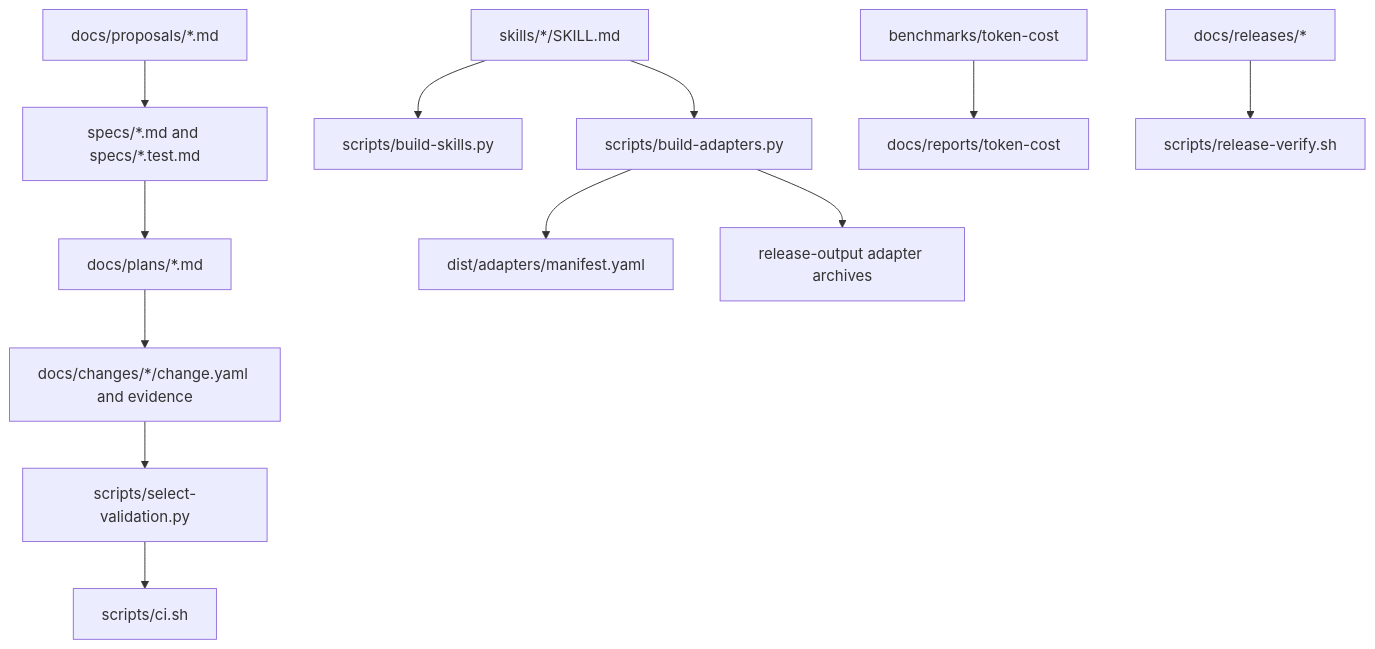
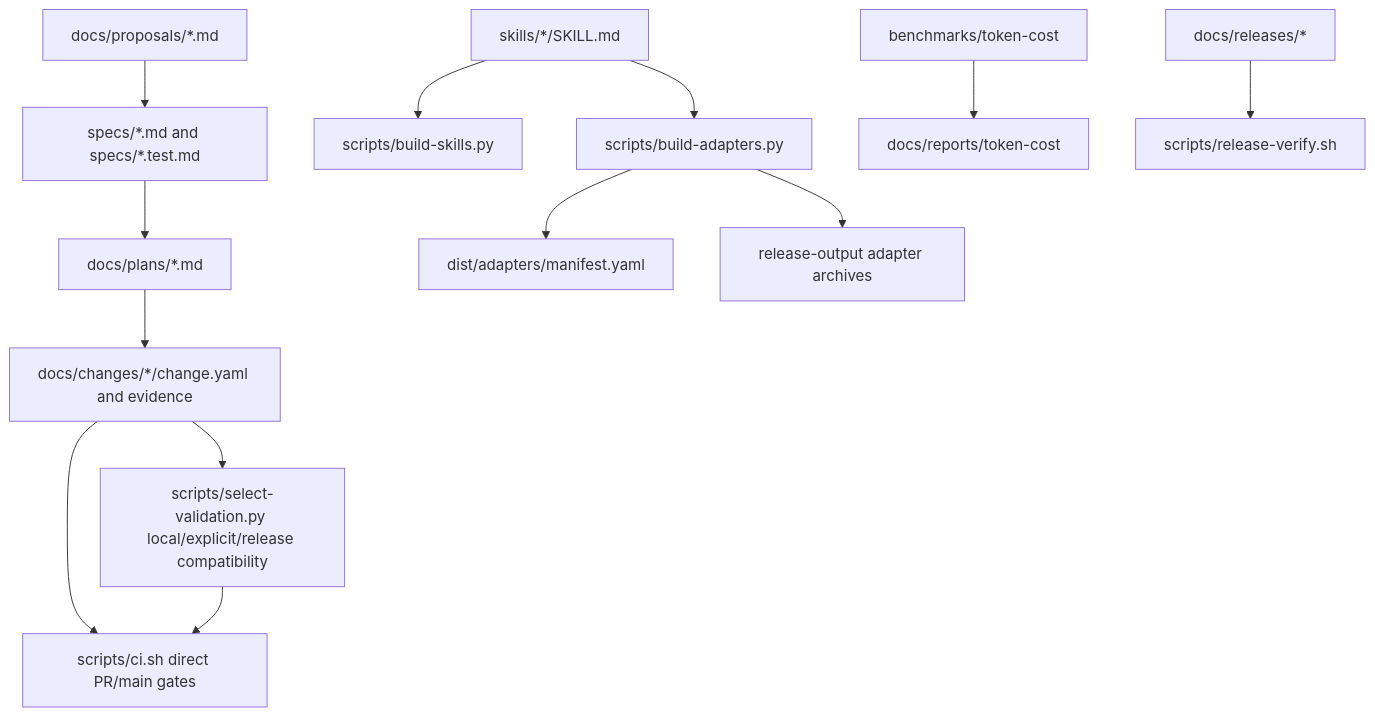
Before and after one commit to xiongxianfei/rigorloop: the second of 2 diagrams in docs/project-map.md, drawn with Mermaid. The commit also changed other lines of this file and 8 other files, not shown here.

````diff
--- a/docs/project-map.md
+++ b/docs/project-map.md
@@ -117,14 +117,15 @@
 ```mermaid
 flowchart TD
   Specs[specs/*.md and specs/*.test.md] --> Plans[docs/plans/*.md]
   Proposals[docs/proposals/*.md] --> Specs
   Plans --> Changes[docs/changes/*/change.yaml and evidence]
   Skills[skills/*/SKILL.md] --> BuildSkills[scripts/build-skills.py]
   Skills --> BuildAdapters[scripts/build-adapters.py]
   BuildAdapters --> AdapterManifest[dist/adapters/manifest.yaml]
   BuildAdapters --> ReleaseArchives[release-output adapter archives]
-  Changes --> SelectValidation[scripts/select-validation.py]
-  SelectValidation --> CI[scripts/ci.sh]
+  Changes --> CI[scripts/ci.sh direct PR/main gates]
+  Changes --> SelectValidation[scripts/select-validation.py local/explicit/release compatibility]
+  SelectValidation --> CI
   Benchmarks[benchmarks/token-cost] --> TokenReports[docs/reports/token-cost]
   ReleaseMetadata[docs/releases/*] --> ReleaseVerify[scripts/release-verify.sh]
 ```
````
